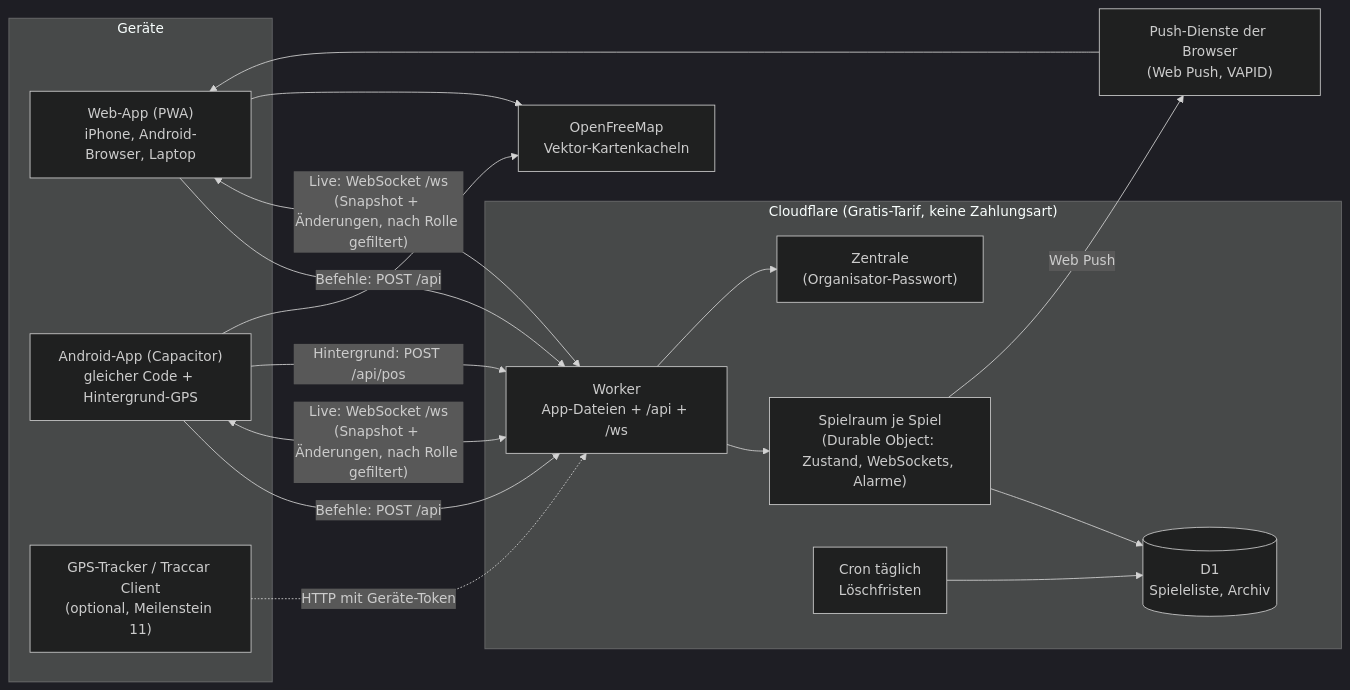
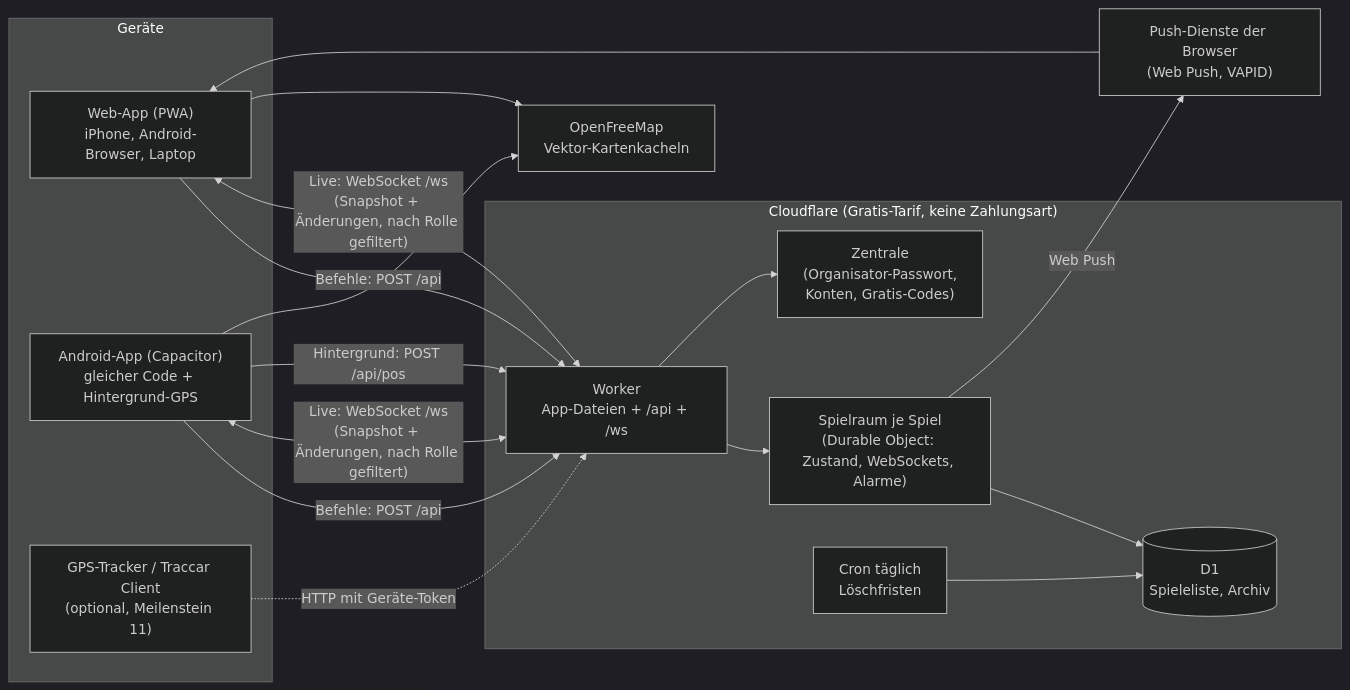
One commit to peter-mayrhofer/Mr.-X changed the first of 4 diagrams in docs/KONZEPT.md. Above: the diagram before and after it, drawn with Mermaid (dark theme). The commit also changed other lines of this file and 28 other files, not shown here.

First line of the commit message:
Organisator-Konten mit Gratis-Code (E-84)

````diff
--- a/docs/KONZEPT.md
+++ b/docs/KONZEPT.md
@@ -33,26 +33,26 @@
 ```mermaid
 flowchart LR
   subgraph Geräte
     W["Web-App (PWA)<br/>iPhone, Android-Browser, Laptop"]
     A["Android-App (Capacitor)<br/>gleicher Code + Hintergrund-GPS"]
     T["GPS-Tracker / Traccar Client<br/>(optional, Meilenstein 11)"]
   end
   subgraph CF["Cloudflare (Gratis-Tarif, keine Zahlungsart)"]
     WK["Worker<br/>App-Dateien + /api + /ws"]
     R["Spielraum je Spiel<br/>(Durable Object: Zustand, WebSockets, Alarme)"]
-    Z["Zentrale<br/>(Organisator-Passwort)"]
+    Z["Zentrale<br/>(Organisator-Passwort,<br/>Konten, Gratis-Codes)"]
     D[("D1<br/>Spieleliste, Archiv")]
     C["Cron täglich<br/>Löschfristen"]
   end
   P["Push-Dienste der Browser<br/>(Web Push, VAPID)"]
   OFM["OpenFreeMap<br/>Vektor-Kartenkacheln"]
   W & A -- "Befehle: POST /api" --> WK
   W & A <-- "Live: WebSocket /ws<br/>(Snapshot + Änderungen, nach Rolle gefiltert)" --> WK
   A -- "Hintergrund: POST /api/pos" --> WK
   T -. "HTTP mit Geräte-Token" .-> WK
   WK --> R & Z
   R --> D
   C --> D
   R -- "Web Push" --> P --> W
   W & A --> OFM
 ```
````
